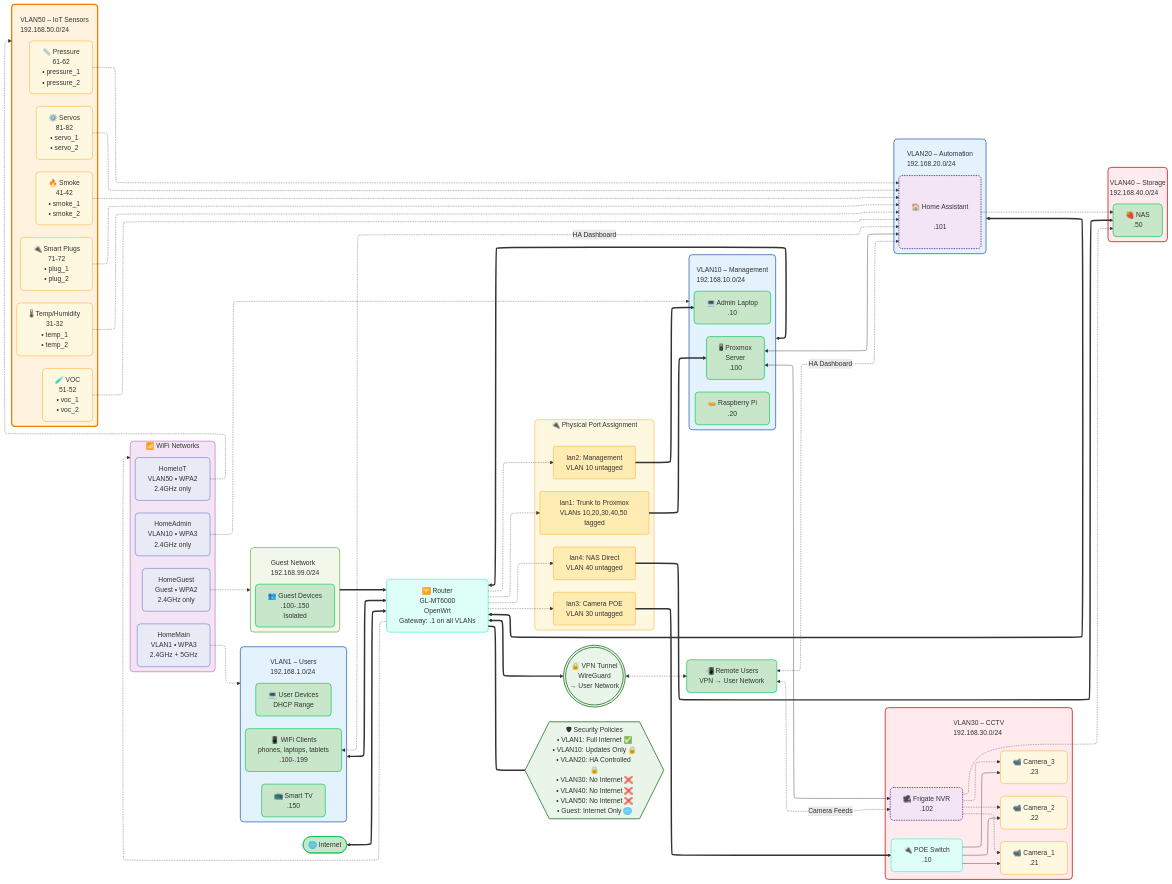
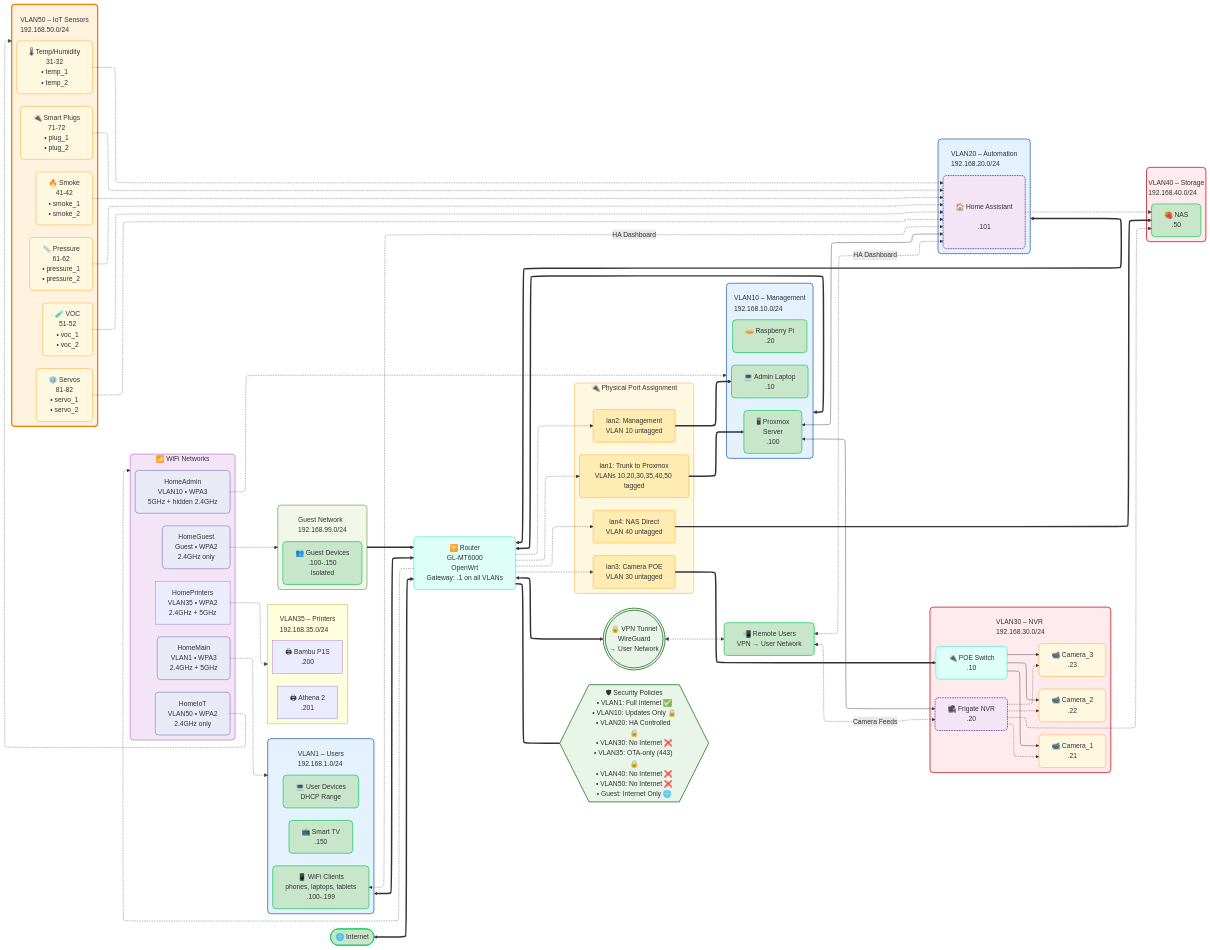
The diagram in Main/docs/diagrams/network/Network Infrastructure Diagram.mmd (Nysplaidame/home-automation-project), drawn with Mermaid before and after one commit. The commit also changed 45 other files, not shown here.

```diff
--- a/Main/docs/diagrams/network/Network Infrastructure Diagram.mmd
+++ b/Main/docs/diagrams/network/Network Infrastructure Diagram.mmd
@@ -1,145 +1,152 @@
 ---
 config:
   layout: elk
 ---
 flowchart LR
  subgraph VLAN1["<br>VLAN1 – Users<br>192.168.1.0/24"]
     direction TB
         WiFiClients["📱 WiFi Clients<br>phones, laptops, tablets<br>.100-.199"]
         SmartTV["📺 Smart TV<br>.150"]
         UserDevices["💻 User Devices<br>DHCP Range"]
   end
  subgraph VLAN10["<br>VLAN10 – Management<br>192.168.10.0/24"]
     direction TB
         Admin["💻 Admin Laptop<br>.10"]
         Mobile["🥧 Raspberry Pi<br>.20"]
         Proxmox["🖥 Proxmox<br>Server<br>.100"]
   end
- subgraph VLAN30["<br>VLAN30 – CCTV<br>192.168.30.0/24"]
+ subgraph VLAN30["<br>VLAN30 – NVR<br>192.168.30.0/24"]
     direction TB
         POESwitch["🔌 POE Switch<br>.10"]
         Cam1["📹 Camera_1<br>.21"]
         Cam2["📹 Camera_2<br>.22"]
         Cam3["📹 Camera_3<br>.23"]
-        Frigate["🎥 Frigate NVR<br>.102"]
+        Frigate["🎥 Frigate NVR<br>.20"]
   end
  subgraph VLAN40["<br>VLAN40 – Storage<br>192.168.40.0/24"]
     direction TB
         NAS["🍓 NAS<br>.50"]
+  end
+ subgraph VLAN35["<br>VLAN35 – Printers<br>192.168.35.0/24"]
+    direction TB
+        P1S["🖨 Bambu P1S<br>.200"]
+        Athena["🖨 Athena 2<br>.201"]
   end
  subgraph VLAN50["<br>VLAN50 – IoT Sensors<br>192.168.50.0/24"]
     direction TB
         Temp["🌡 Temp/Humidity<br>31-32<br>• temp_1<br>• temp_2"]
         Smoke["🔥 Smoke<br>41-42<br>• smoke_1<br>• smoke_2"]
         VOC["🧪 VOC<br>51-52<br>• voc_1<br>• voc_2"]
         Pressure["📏 Pressure<br>61-62<br>• pressure_1<br>• pressure_2"]
         Plug["🔌 Smart Plugs<br>71-72<br>• plug_1<br>• plug_2"]
         Servo["⚙️ Servos<br>81-82<br>• servo_1<br>• servo_2"]
   end
  subgraph VLAN20["<br>VLAN20 – Automation<br>192.168.20.0/24"]
     direction TB
         HA["<br><br>🏠 Home Assistant<br><br>.101<br><br>"]
   end
  subgraph GuestNet["<br>Guest Network<br>192.168.99.0/24"]
     direction TB
         GuestDevices["👥 Guest Devices<br>.100-.150<br>Isolated"]
   end
  subgraph WiFi["📶 WiFi Networks"]
     direction TB
         HomeMain["HomeMain<br>VLAN1 • WPA3<br>2.4GHz + 5GHz"]
-        HomeAdmin["HomeAdmin<br>VLAN10 • WPA3<br>2.4GHz only"]
+        HomeAdmin["HomeAdmin<br>VLAN10 • WPA3<br>5GHz + hidden 2.4GHz"]
+        HomePrinters["HomePrinters<br>VLAN35 • WPA2<br>2.4GHz + 5GHz"]
         HomeIoT["HomeIoT<br>VLAN50 • WPA2<br>2.4GHz only"]
         HomeGuest["HomeGuest<br>Guest • WPA2<br>2.4GHz only"]
   end
  subgraph PhysicalPorts["🔌 Physical Port Assignment"]
     direction TB
-        LAN1["lan1: Trunk to Proxmox<br>VLANs 10,20,30,40,50 tagged"]
+        LAN1["lan1: Trunk to Proxmox<br>VLANs 10,20,30,35,40,50 tagged"]
         LAN2["lan2: Management<br>VLAN 10 untagged"]
         LAN3["lan3: Camera POE<br>VLAN 30 untagged"]
         LAN4["lan4: NAS Direct<br>VLAN 40 untagged"]
   end
     Internet(["🌐 Internet"]) <==> Router["🛜 Router<br>GL-MT6000<br>OpenWrt<br>Gateway: .1 on all VLANs"]
     Router <==> VPN((("🔒 VPN Tunnel<br>WireGuard<br>→ User Network")))
-    Router === SecurityRules{{"🛡 Security Policies<br>• VLAN1: Full Internet ✅<br>• VLAN10: Updates Only 🔒<br>• VLAN20: HA Controlled 🔒<br>• VLAN30: No Internet ❌<br>• VLAN40: No Internet ❌<br>• VLAN50: No Internet ❌<br>• Guest: Internet Only 🌐"}}
+    Router === SecurityRules{{"🛡 Security Policies<br>• VLAN1: Full Internet ✅<br>• VLAN10: Updates Only 🔒<br>• VLAN20: HA Controlled 🔒<br>• VLAN30: No Internet ❌<br>• VLAN35: OTA-only (443) 🔒<br>• VLAN40: No Internet ❌<br>• VLAN50: No Internet ❌<br>• Guest: Internet Only 🌐"}}
     Router -.-> LAN1 & LAN2 & LAN3 & LAN4 & WiFi
     LAN1 ==> Proxmox
     LAN2 ==> Admin
     LAN3 ==> POESwitch
     LAN4 ==> NAS
     HomeMain -.-> VLAN1
     HomeAdmin -.-> VLAN10
+    HomePrinters -.-> VLAN35
     HomeIoT -.-> VLAN50
     HomeGuest -.-> GuestNet
     VLAN10 <==> Router
     VLAN1 <==> Router
     VLAN20 <==> Router
     GuestNet ==> Router
     Proxmox <--> HA & Frigate
     POESwitch --> Cam1 & Cam2 & Cam3
     Frigate -.-> Cam1 & Cam2 & Cam3 & NAS
     Plug -.-> HA
     Pressure -.-> HA
     VOC -.-> HA
     Servo -.-> HA
     Smoke -.-> HA
     Temp -.-> HA
     HA -.-> NAS
     VPN <-.-> RemoteUsers["📲 Remote Users<br>VPN → User Network"]
     WiFiClients <-. HA Dashboard .-> HA
     RemoteUsers <-. HA Dashboard .-> HA
     RemoteUsers <-. Camera Feeds .-> Frigate
      WiFiClients:::device
      SmartTV:::device
      UserDevices:::device
      Admin:::device
      Mobile:::device
      Proxmox:::device
      POESwitch:::infrastructure
      Cam1:::sensor
      Cam2:::sensor
      Cam3:::sensor
      Frigate:::VM
      NAS:::device
      Temp:::sensor
      Smoke:::sensor
      VOC:::sensor
      Pressure:::sensor
      Plug:::sensor
      Servo:::sensor
      HA:::VM
      GuestDevices:::device
      HomeMain:::wifi
      HomeAdmin:::wifi
      HomeIoT:::wifi
      HomeGuest:::wifi
      LAN1:::port
      LAN2:::port
      LAN3:::port
      LAN4:::port
      Internet:::device
      Router:::infrastructure
      VPN:::security
      SecurityRules:::security
      WiFi:::wifi_group
      VLAN1:::vlan
      VLAN10:::vlan
      VLAN50:::vlan_critical
      GuestNet:::vlan_guest
      VLAN20:::vlan
      RemoteUsers:::device
      VLAN30:::vlan_isolated
      VLAN40:::vlan_isolated
      PhysicalPorts:::infrastructure_group
     classDef vlan fill:#e3f2fd,stroke:#0d47a1,stroke-width:1.5px,rx:8,ry:8
     classDef vlan_isolated fill:#ffebee,stroke:#c62828,stroke-width:2px,rx:8,ry:8
     classDef vlan_critical fill:#fff3e0,stroke:#f57c00,stroke-width:3px,rx:8,ry:8
     classDef vlan_guest fill:#f1f8e9,stroke:#689f38,stroke-width:1.5px,rx:8,ry:8
     classDef security fill:#e8f5e8,stroke:#2e7d32,stroke-width:2px,rx:8,ry:8
     classDef sensor fill:#fff8e1,stroke:#ff9800,stroke-width:1px,rx:8,ry:8
     classDef device fill:#C8E6C9,stroke:#00C853,stroke-width:1.5px,rx:8,ry:8
     classDef VM fill:#f3e5f5,stroke:#4a148c,stroke-width:2px,stroke-dasharray:2,rx:8,ry:8
     classDef infrastructure fill:#DEFFF8,stroke:#46EDC8,stroke-width:1.5px,rx:8,ry:8
     classDef wifi fill:#e8eaf6,stroke:#3f51b5,stroke-width:1px,rx:8,ry:8
     classDef wifi_group fill:#f3e5f5,stroke:#9c27b0,stroke-width:1px,rx:8,ry:8
     classDef infrastructure_group fill:#fff8e1,stroke:#ff9800,stroke-width:1px,rx:8,ry:8
     classDef port fill:#ffecb3,stroke:#ffa000,stroke-width:1px,rx:4,ry:4
```
